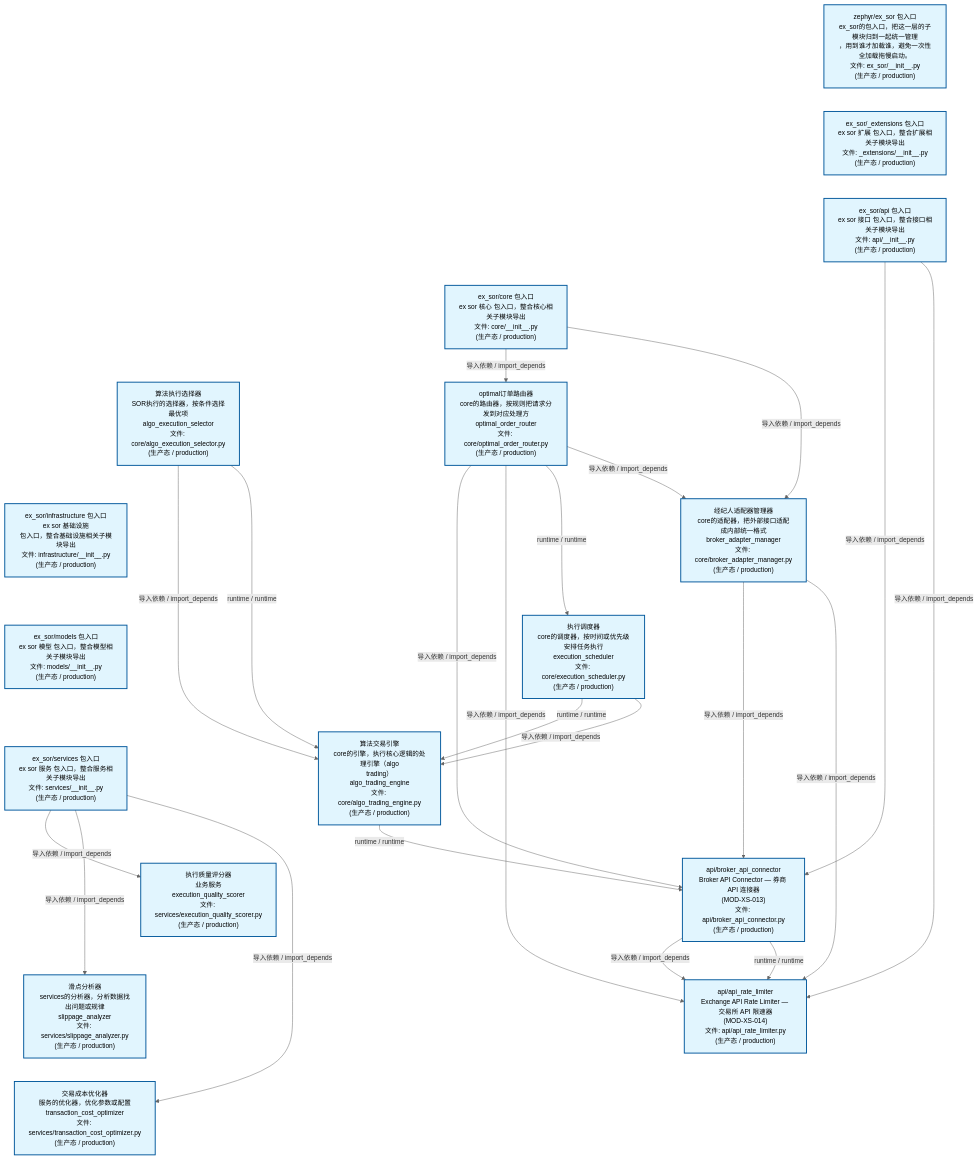
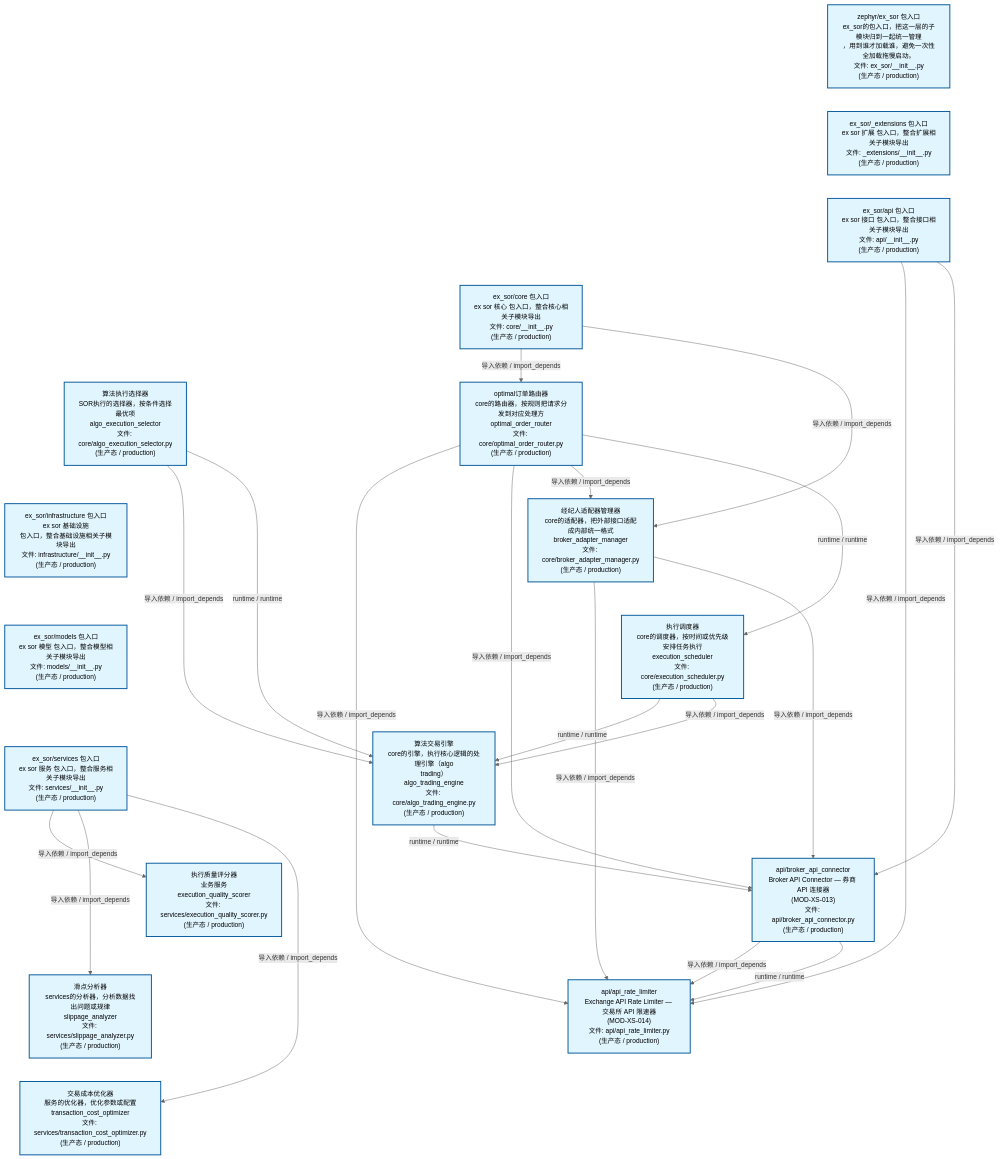
One commit to xuanFelixVan/ZephyrAlpha changed the second of 3 diagrams in docs/02_enterprise_architecture/02_domain_architecture_docs/45_d_ex_sor.md. Above: the diagram before and after it, drawn with Mermaid. The commit also changed other lines of this file and 47 other files, not shown here.

````diff
--- a/docs/02_enterprise_architecture/02_domain_architecture_docs/45_d_ex_sor.md
+++ b/docs/02_enterprise_architecture/02_domain_architecture_docs/45_d_ex_sor.md
@@ -134,57 +134,57 @@
 ```mermaid
 %%{init: {'theme': 'base', 'themeVariables': {'primaryColor': '#eaeaea', 'primaryTextColor': '#333333', 'primaryBorderColor': '#666666', 'lineColor': '#666666', 'secondaryColor': '#eaeaea', 'tertiaryColor': '#eaeaea', 'fontSize': '14px'}}}%%
 flowchart TD
     src_zephyr_ex_sor_init_py["zephyr/ex_sor 包入口<br/>ex_sor的包入口，把这一层的子模块归到一起统一管理<br/>，用到谁才加载谁，避免一次性全加载拖慢启动。<br/>文件: ex_sor/__init__.py<br/>(生产态 / production)"]
     src_zephyr_ex_sor_extensions_init_py["ex_sor/_extensions 包入口<br/>ex sor 扩展 包入口，整合扩展相关子模块导出<br/>文件: _extensions/__init__.py<br/>(生产态 / production)"]
     src_zephyr_ex_sor_api_init_py["ex_sor/api 包入口<br/>ex sor 接口 包入口，整合接口相关子模块导出<br/>文件: api/__init__.py<br/>(生产态 / production)"]
     src_zephyr_ex_sor_core_init_py["ex_sor/core 包入口<br/>ex sor 核心 包入口，整合核心相关子模块导出<br/>文件: core/__init__.py<br/>(生产态 / production)"]
     src_zephyr_ex_sor_core_algo_execution_selector_py["算法执行选择器<br/>SOR执行的选择器，按条件选择最优项<br/>algo_execution_selector<br/>文件: core/algo_execution_selector.py<br/>(生产态 / production)"]
     src_zephyr_ex_sor_infrastructure_init_py["ex_sor/infrastructure 包入口<br/>ex sor 基础设施<br/>包入口，整合基础设施相关子模块导出<br/>文件: infrastructure/__init__.py<br/>(生产态 / production)"]
     src_zephyr_ex_sor_models_init_py["ex_sor/models 包入口<br/>ex sor 模型 包入口，整合模型相关子模块导出<br/>文件: models/__init__.py<br/>(生产态 / production)"]
     src_zephyr_ex_sor_services_init_py["ex_sor/services 包入口<br/>ex sor 服务 包入口，整合服务相关子模块导出<br/>文件: services/__init__.py<br/>(生产态 / production)"]
     src_zephyr_ex_sor_init_py ~~~ src_zephyr_ex_sor_extensions_init_py
     src_zephyr_ex_sor_extensions_init_py ~~~ src_zephyr_ex_sor_api_init_py
     src_zephyr_ex_sor_api_init_py ~~~ src_zephyr_ex_sor_core_init_py
     src_zephyr_ex_sor_core_init_py ~~~ src_zephyr_ex_sor_core_algo_execution_selector_py
     src_zephyr_ex_sor_core_algo_execution_selector_py ~~~ src_zephyr_ex_sor_infrastructure_init_py
     src_zephyr_ex_sor_infrastructure_init_py ~~~ src_zephyr_ex_sor_models_init_py
     src_zephyr_ex_sor_models_init_py ~~~ src_zephyr_ex_sor_services_init_py
     src_zephyr_ex_sor_core_optimal_order_router_py["optimal订单路由器<br/>core的路由器，按规则把请求分发到对应处理方<br/>optimal_order_router<br/>文件: core/optimal_order_router.py<br/>(生产态 / production)"]
     src_zephyr_ex_sor_services_execution_quality_scorer_py["执行质量评分器<br/>业务服务<br/>execution_quality_scorer<br/>文件: services/execution_quality_scorer.py<br/>(生产态 / production)"]
     src_zephyr_ex_sor_services_slippage_analyzer_py["滑点分析器<br/>services的分析器，分析数据找出问题或规律<br/>slippage_analyzer<br/>文件: services/slippage_analyzer.py<br/>(生产态 / production)"]
     src_zephyr_ex_sor_services_transaction_cost_optimizer_py["交易成本优化器<br/>服务的优化器，优化参数或配置<br/>transaction_cost_optimizer<br/>文件: services/transaction_cost_optimizer.py<br/>(生产态 / production)"]
     src_zephyr_ex_sor_core_optimal_order_router_py ~~~ src_zephyr_ex_sor_services_execution_quality_scorer_py
     src_zephyr_ex_sor_services_execution_quality_scorer_py ~~~ src_zephyr_ex_sor_services_slippage_analyzer_py
     src_zephyr_ex_sor_services_slippage_analyzer_py ~~~ src_zephyr_ex_sor_services_transaction_cost_optimizer_py
     src_zephyr_ex_sor_core_broker_adapter_manager_py["经纪人适配器管理器<br/>core的适配器，把外部接口适配成内部统一格式<br/>broker_adapter_manager<br/>文件: core/broker_adapter_manager.py<br/>(生产态 / production)"]
     src_zephyr_ex_sor_core_execution_scheduler_py["执行调度器<br/>core的调度器，按时间或优先级安排任务执行<br/>execution_scheduler<br/>文件: core/execution_scheduler.py<br/>(生产态 / production)"]
     src_zephyr_ex_sor_core_broker_adapter_manager_py ~~~ src_zephyr_ex_sor_core_execution_scheduler_py
     src_zephyr_ex_sor_core_algo_trading_engine_py["算法交易引擎<br/>core的引擎，执行核心逻辑的处理引擎（algo<br/>trading）<br/>algo_trading_engine<br/>文件: core/algo_trading_engine.py<br/>(生产态 / production)"]
     src_zephyr_ex_sor_api_broker_api_connector_py["api/broker_api_connector<br/>Broker API Connector — 券商 API 连接器<br/>(MOD-XS-013)<br/>文件: api/broker_api_connector.py<br/>(生产态 / production)"]
     src_zephyr_ex_sor_api_api_rate_limiter_py["api/api_rate_limiter<br/>Exchange API Rate Limiter — 交易所 API 限速器<br/>(MOD-XS-014)<br/>文件: api/api_rate_limiter.py<br/>(生产态 / production)"]
     src_zephyr_ex_sor_api_broker_api_connector_py -->|导入依赖 / import_depends| src_zephyr_ex_sor_api_api_rate_limiter_py
     src_zephyr_ex_sor_api_broker_api_connector_py -->|runtime / runtime| src_zephyr_ex_sor_api_api_rate_limiter_py
+    src_zephyr_ex_sor_api_init_py -->|导入依赖 / import_depends| src_zephyr_ex_sor_api_api_rate_limiter_py
     src_zephyr_ex_sor_api_init_py -->|导入依赖 / import_depends| src_zephyr_ex_sor_api_broker_api_connector_py
-    src_zephyr_ex_sor_api_init_py -->|导入依赖 / import_depends| src_zephyr_ex_sor_api_api_rate_limiter_py
     src_zephyr_ex_sor_core_algo_execution_selector_py -->|导入依赖 / import_depends| src_zephyr_ex_sor_core_algo_trading_engine_py
     src_zephyr_ex_sor_core_algo_execution_selector_py -->|runtime / runtime| src_zephyr_ex_sor_core_algo_trading_engine_py
+    src_zephyr_ex_sor_core_optimal_order_router_py -->|导入依赖 / import_depends| src_zephyr_ex_sor_api_api_rate_limiter_py
+    src_zephyr_ex_sor_core_optimal_order_router_py -->|导入依赖 / import_depends| src_zephyr_ex_sor_api_broker_api_connector_py
+    src_zephyr_ex_sor_core_optimal_order_router_py -->|导入依赖 / import_depends| src_zephyr_ex_sor_core_broker_adapter_manager_py
+    src_zephyr_ex_sor_core_optimal_order_router_py -->|runtime / runtime| src_zephyr_ex_sor_core_execution_scheduler_py
+    src_zephyr_ex_sor_core_broker_adapter_manager_py -->|导入依赖 / import_depends| src_zephyr_ex_sor_api_api_rate_limiter_py
+    src_zephyr_ex_sor_core_broker_adapter_manager_py -->|导入依赖 / import_depends| src_zephyr_ex_sor_api_broker_api_connector_py
+    src_zephyr_ex_sor_core_algo_trading_engine_py -->|runtime / runtime| src_zephyr_ex_sor_api_broker_api_connector_py
     src_zephyr_ex_sor_core_execution_scheduler_py -->|runtime / runtime| src_zephyr_ex_sor_core_algo_trading_engine_py
     src_zephyr_ex_sor_core_execution_scheduler_py -->|导入依赖 / import_depends| src_zephyr_ex_sor_core_algo_trading_engine_py
-    src_zephyr_ex_sor_core_optimal_order_router_py -->|导入依赖 / import_depends| src_zephyr_ex_sor_api_broker_api_connector_py
-    src_zephyr_ex_sor_core_optimal_order_router_py -->|导入依赖 / import_depends| src_zephyr_ex_sor_api_api_rate_limiter_py
-    src_zephyr_ex_sor_core_optimal_order_router_py -->|runtime / runtime| src_zephyr_ex_sor_core_execution_scheduler_py
-    src_zephyr_ex_sor_core_optimal_order_router_py -->|导入依赖 / import_depends| src_zephyr_ex_sor_core_broker_adapter_manager_py
     src_zephyr_ex_sor_core_init_py -->|导入依赖 / import_depends| src_zephyr_ex_sor_core_optimal_order_router_py
     src_zephyr_ex_sor_core_init_py -->|导入依赖 / import_depends| src_zephyr_ex_sor_core_broker_adapter_manager_py
-    src_zephyr_ex_sor_core_broker_adapter_manager_py -->|导入依赖 / import_depends| src_zephyr_ex_sor_api_broker_api_connector_py
-    src_zephyr_ex_sor_core_broker_adapter_manager_py -->|导入依赖 / import_depends| src_zephyr_ex_sor_api_api_rate_limiter_py
-    src_zephyr_ex_sor_core_algo_trading_engine_py -->|runtime / runtime| src_zephyr_ex_sor_api_broker_api_connector_py
     src_zephyr_ex_sor_services_init_py -->|导入依赖 / import_depends| src_zephyr_ex_sor_services_execution_quality_scorer_py
     src_zephyr_ex_sor_services_init_py -->|导入依赖 / import_depends| src_zephyr_ex_sor_services_slippage_analyzer_py
     src_zephyr_ex_sor_services_init_py -->|导入依赖 / import_depends| src_zephyr_ex_sor_services_transaction_cost_optimizer_py
     classDef production fill:#e1f5fe,stroke:#01579b,stroke-width:2px,color:#000
     classDef design fill:#fff3e0,stroke:#e65100,stroke-width:2px,color:#000,stroke-dasharray: 5 5
     classDef external_prod fill:#e8f4fd,stroke:#0277bd,stroke-width:1px,color:#000
     classDef external_design fill:#fff8e7,stroke:#ef6c00,stroke-width:1px,color:#000,stroke-dasharray: 5 5
     class src_zephyr_ex_sor_init_py,src_zephyr_ex_sor_extensions_init_py,src_zephyr_ex_sor_api_init_py,src_zephyr_ex_sor_api_api_rate_limiter_py,src_zephyr_ex_sor_api_broker_api_connector_py,src_zephyr_ex_sor_core_init_py,src_zephyr_ex_sor_core_algo_execution_selector_py,src_zephyr_ex_sor_core_algo_trading_engine_py,src_zephyr_ex_sor_core_broker_adapter_manager_py,src_zephyr_ex_sor_core_execution_scheduler_py,src_zephyr_ex_sor_core_optimal_order_router_py,src_zephyr_ex_sor_infrastructure_init_py,src_zephyr_ex_sor_models_init_py,src_zephyr_ex_sor_services_init_py,src_zephyr_ex_sor_services_execution_quality_scorer_py,src_zephyr_ex_sor_services_slippage_analyzer_py,src_zephyr_ex_sor_services_transaction_cost_optimizer_py production
 ```
````
